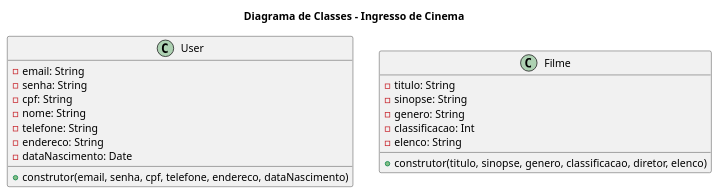
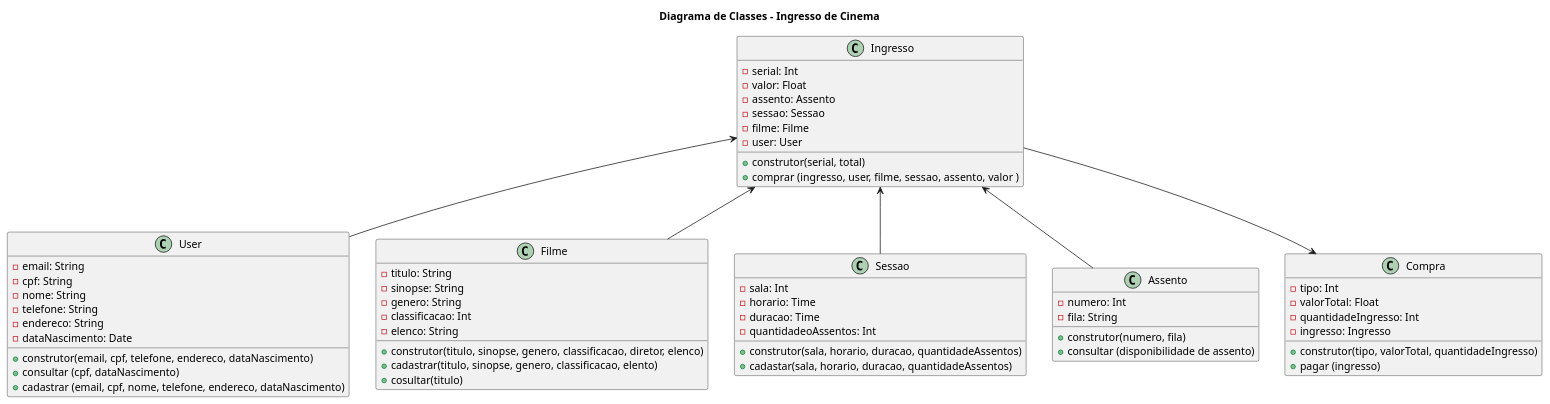
The diagram in N1_POO/diagrama_cinema.plantuml (anleaes/2023-1-N1-POO-02), drawn with PlantUML before and after one commit.

```diff
--- a/N1_POO/diagrama_cinema.plantuml
+++ b/N1_POO/diagrama_cinema.plantuml
@@ -1,27 +1,74 @@
 @startuml Ingresso
 
 title Diagrama de Classes - Ingresso de Cinema
 
 
 class User{
     - email: String
-    - senha: String
     - cpf: String
     - nome: String
     - telefone: String
     - endereco: String
     - dataNascimento: Date
-    + construtor(email, senha, cpf, telefone, endereco, dataNascimento)
+    + construtor(email, cpf, telefone, endereco, dataNascimento)
+    + consultar (cpf, dataNascimento)
+    + cadastrar (email, cpf, nome, telefone, endereco, dataNascimento)
 }
 
 class Filme{
     - titulo: String
     - sinopse: String
     - genero: String
     - classificacao: Int
     - elenco: String
     + construtor(titulo, sinopse, genero, classificacao, diretor, elenco)
+    + cadastrar(titulo, sinopse, genero, classificacao, elento)
+    + cosultar(titulo)
 }
 
 
+class Sessao{
+    - sala: Int
+    - horario: Time
+    - duracao: Time
+    - quantidadeoAssentos: Int
+    + construtor(sala, horario, duracao, quantidadeAssentos)
+    + cadastar(sala, horario, duracao, quantidadeAssentos)
+}
+
+class Assento{
+    - numero: Int
+    - fila: String
+    + construtor(numero, fila)
+    + consultar (disponibilidade de assento)
+}
+
+class Ingresso{
+    - serial: Int
+    - valor: Float
+    - assento: Assento
+    - sessao: Sessao
+    - filme: Filme
+    - user: User
+    + construtor(serial, total)
+    + comprar (ingresso, user, filme, sessao, assento, valor )
+}
+
+class Compra{
+    - tipo: Int
+    - valorTotal: Float
+    - quantidadeIngresso: Int
+    - ingresso: Ingresso
+    + construtor(tipo, valorTotal, quantidadeIngresso)
+    + pagar (ingresso)
+}
+
+
+Ingresso <-- User
+Ingresso <-- Filme
+Ingresso <-- Sessao
+Ingresso <-- Assento
+Ingresso --> Compra
+
+
 @enduml
```
